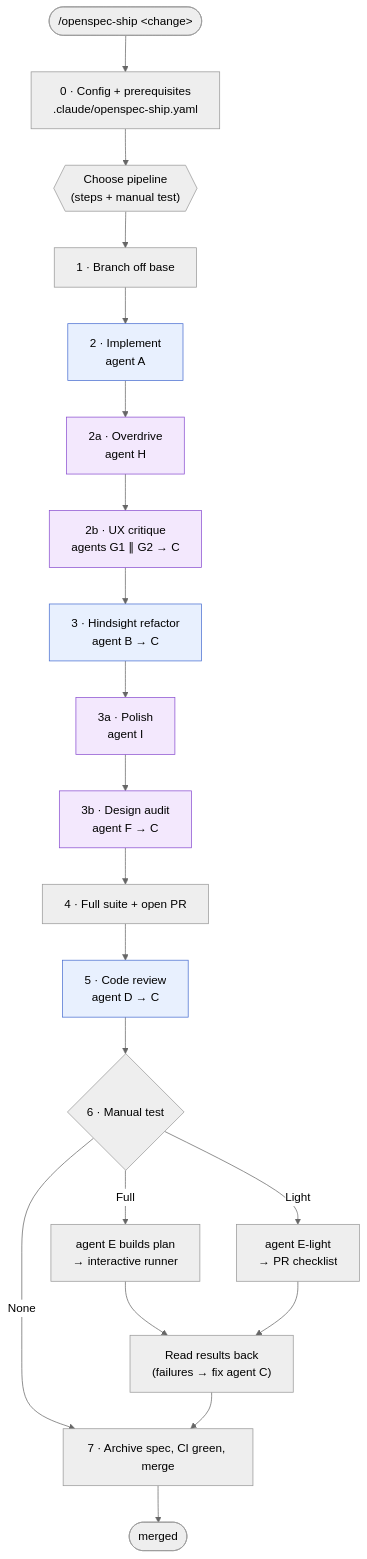
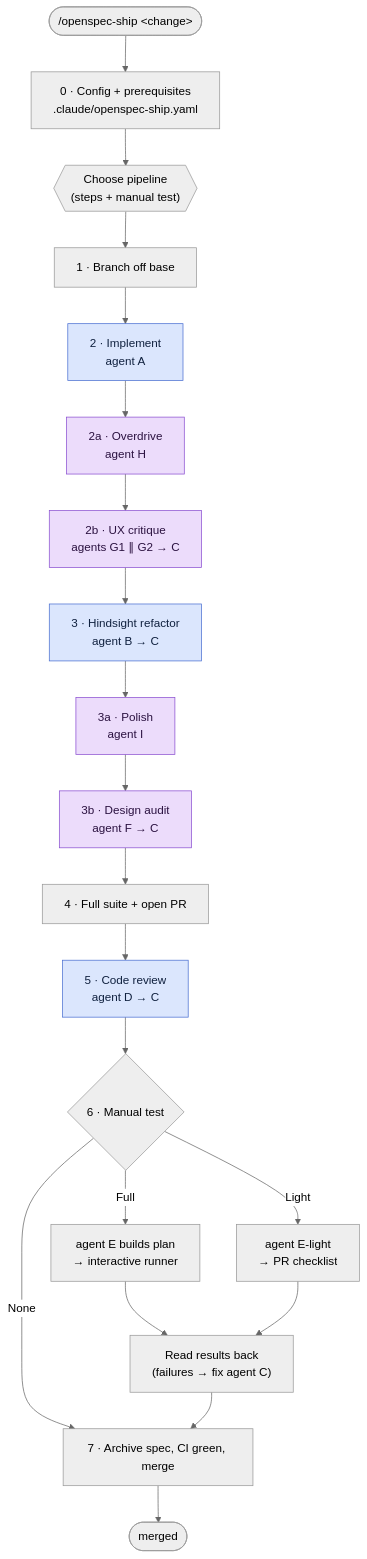
The second of 4 diagrams in README.md (apmiller108/ai-skills), drawn with Mermaid (neutral theme) before and after one commit.

Commit message:
Fix diagram text contrast in GitHub dark mode
The styled pipeline nodes kept their light fills while mermaid's dark theme
switched the label text to light grey. Pin the text color on those classes.

````diff
--- a/README.md
+++ b/README.md
@@ -89,25 +89,25 @@
 ```mermaid
 flowchart TD
   start(["/openspec-ship #lt;change#gt;"]) --> cfg["0 · Config + prerequisites<br/>.claude/openspec-ship.yaml"]
   cfg --> menu{{"Choose pipeline<br/>(steps + manual test)"}}
   menu --> branch["1 · Branch off base"]
   branch --> apply["2 · Implement<br/>agent A"]:::opt
   apply --> overdrive["2a · Overdrive<br/>agent H"]:::ui
   overdrive --> critique["2b · UX critique<br/>agents G1 ∥ G2 → C"]:::ui
   critique --> refactor["3 · Hindsight refactor<br/>agent B → C"]:::opt
   refactor --> polish["3a · Polish<br/>agent I"]:::ui
   polish --> audit["3b · Design audit<br/>agent F → C"]:::ui
   audit --> full["4 · Full suite + open PR"]
   full --> review["5 · Code review<br/>agent D → C"]:::opt
   review --> manual{"6 · Manual test"}
   manual -- Full --> runner["agent E builds plan<br/>→ interactive runner"]
   manual -- Light --> light["agent E-light<br/>→ PR checklist"]
   manual -- None --> merge
   runner --> results["Read results back<br/>(failures → fix agent C)"]
   light --> results
   results --> merge["7 · Archive spec, CI green, merge"]
   merge --> done([merged])
 
-  classDef opt fill:#e8f0fe,stroke:#4a6fd1
-  classDef ui fill:#f3e8fd,stroke:#8a4fd1
+  classDef opt fill:#dbe6fd,stroke:#4a6fd1,color:#10213f
+  classDef ui fill:#ecdcfb,stroke:#8a4fd1,color:#2b1240
 ```
````
